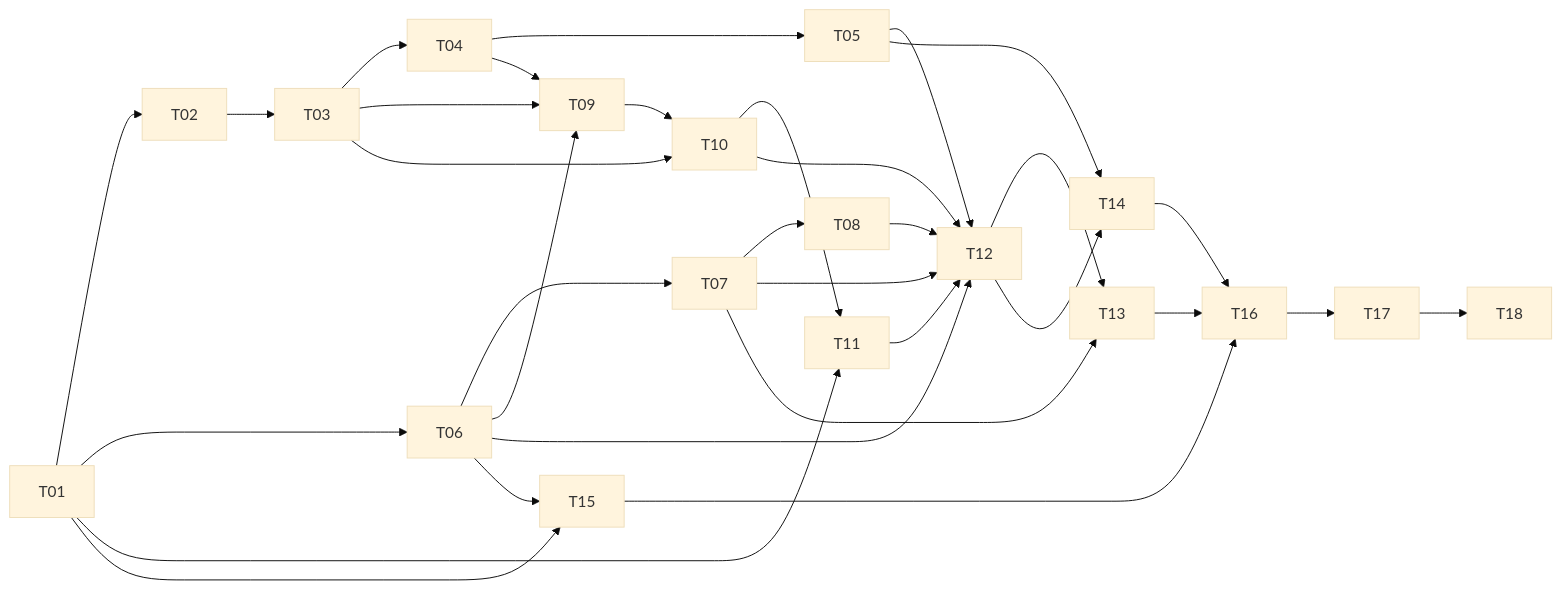
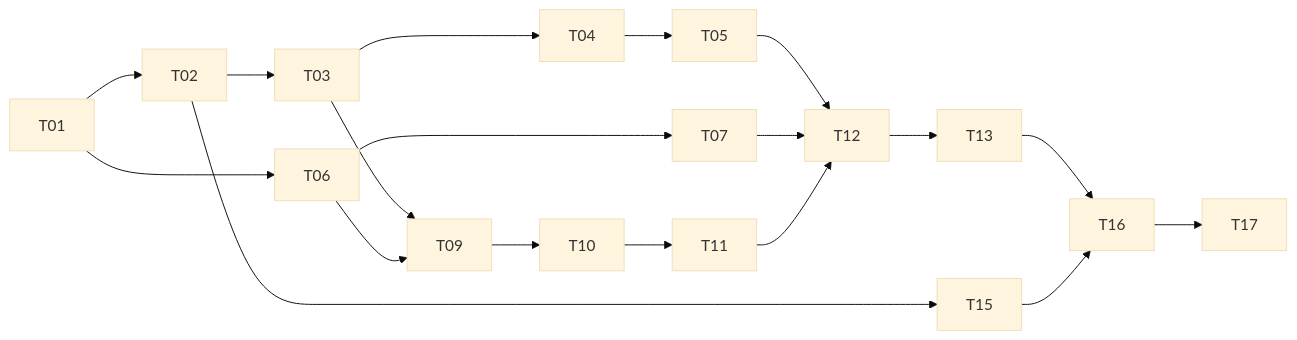
The diagram in docs/tasks/README.md (Ali-Aizaz/ba-meeting-agent), drawn with Mermaid (base theme) before and after one commit. The commit also changed other lines of this file and 104 other files, not shown here.

````diff
--- a/docs/tasks/README.md
+++ b/docs/tasks/README.md
@@ -70,29 +83,10 @@
 ```mermaid
 graph LR
-  T01 --> T02 --> T03 --> T04 --> T05
-  T01 --> T06 --> T07 --> T08
-  T03 --> T09
-  T04 --> T09
+  T01 --> T02 --> T03 --> T04 --> T05 --> T12
+  T01 --> T06 --> T07 --> T12
+  T03 --> T09 --> T10 --> T11 --> T12
   T06 --> T09
-  T09 --> T10
-  T03 --> T10
-  T01 --> T11
-  T10 --> T11
-  T05 --> T12
-  T06 --> T12
-  T07 --> T12
-  T08 --> T12
-  T10 --> T12
-  T11 --> T12
-  T12 --> T13
-  T07 --> T13
-  T12 --> T14
-  T05 --> T14
-  T01 --> T15
-  T06 --> T15
-  T13 --> T16
-  T14 --> T16
+  T12 --> T13 --> T16 --> T17
+  T02 --> T15
   T15 --> T16
-  T16 --> T17
-  T17 --> T18
 ```
````
